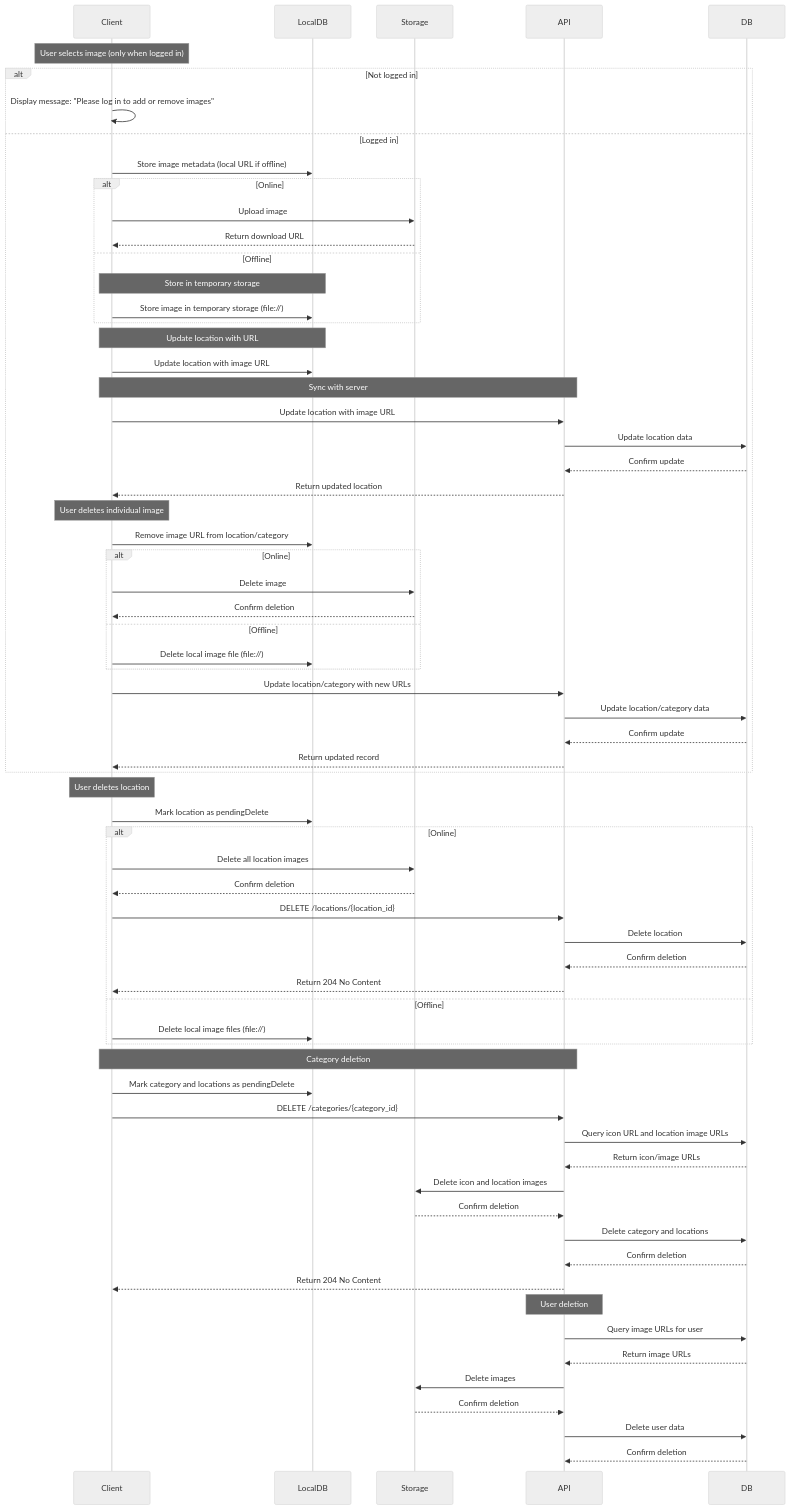
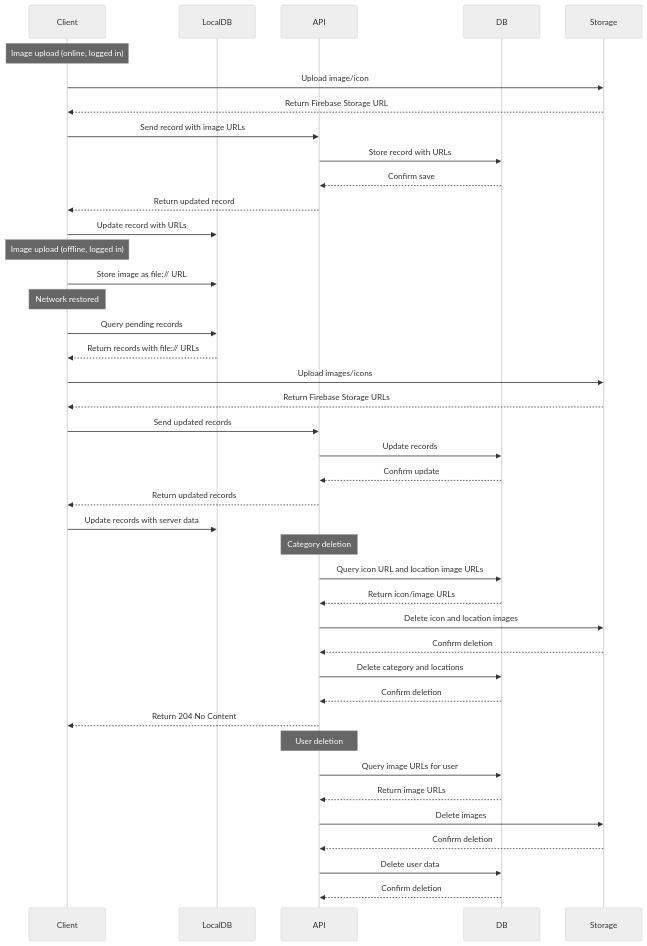
Before and after one commit to lhhiep2204/Locify: the fourth of 5 diagrams in docs/Locify_System_Architecture.md, drawn with Mermaid (neutral theme). The commit also changed other lines of this file and 4 other files, not shown here.

````diff
--- a/docs/Locify_System_Architecture.md
+++ b/docs/Locify_System_Architecture.md
@@ -173,70 +151,44 @@
 ```mermaid
 sequenceDiagram
     participant Client
     participant LocalDB
-    participant Storage
     participant API
     participant DB
+    participant Storage
 
-    Note over Client: User selects image (only when logged in)
-    alt Not logged in
-        Client->>Client: Display message: "Please log in to add or remove images"
-    else Logged in
-        Client->>LocalDB: Store image metadata (local URL if offline)
-        alt Online
-            Client->>Storage: Upload image
-            Storage-->>Client: Return download URL
-        else Offline
-            Note over Client,LocalDB: Store in temporary storage
-            Client->>LocalDB: Store image in temporary storage (file://)
-        end
-        Note over Client,LocalDB: Update location with URL
-        Client->>LocalDB: Update location with image URL
-        Note over Client,API: Sync with server
-        Client->>API: Update location with image URL
-        API->>DB: Update location data
-        DB-->>API: Confirm update
-        API-->>Client: Return updated location
-        Note over Client: User deletes individual image
-        Client->>LocalDB: Remove image URL from location/category
-        alt Online
-            Client->>Storage: Delete image
-            Storage-->>Client: Confirm deletion
-        else Offline
-            Client->>LocalDB: Delete local image file (file://)
-        end
-        Client->>API: Update location/category with new URLs
-        API->>DB: Update location/category data
-        DB-->>API: Confirm update
-        API-->>Client: Return updated record
-    end
-    Note over Client: User deletes location
-    Client->>LocalDB: Mark location as pendingDelete
-    alt Online
-        Client->>Storage: Delete all location images
-        Storage-->>Client: Confirm deletion
-        Client->>API: DELETE /locations/{location_id}
-        API->>DB: Delete location
-        DB-->>API: Confirm deletion
-        API-->>Client: Return 204 No Content
-    else Offline
-        Client->>LocalDB: Delete local image files (file://)
-    end
-    Note over Client,API: Category deletion
-    Client->>LocalDB: Mark category and locations as pendingDelete
-    Client->>API: DELETE /categories/{category_id}
+    Note over Client: Image upload (online, logged in)
+    Client->>Storage: Upload image/icon
+    Storage-->>Client: Return Firebase Storage URL
+    Client->>API: Send record with image URLs
+    API->>DB: Store record with URLs
+    DB-->>API: Confirm save
+    API-->>Client: Return updated record
+    Client->>LocalDB: Update record with URLs
+    Note over Client: Image upload (offline, logged in)
+    Client->>LocalDB: Store image as file:// URL
+    Note over Client: Network restored
+    Client->>LocalDB: Query pending records
+    LocalDB-->>Client: Return records with file:// URLs
+    Client->>Storage: Upload images/icons
+    Storage-->>Client: Return Firebase Storage URLs
+    Client->>API: Send updated records
+    API->>DB: Update records
+    DB-->>API: Confirm update
+    API-->>Client: Return updated records
+    Client->>LocalDB: Update records with server data
+    Note over API: Category deletion
     API->>DB: Query icon URL and location image URLs
     DB-->>API: Return icon/image URLs
     API->>Storage: Delete icon and location images
     Storage-->>API: Confirm deletion
     API->>DB: Delete category and locations
     DB-->>API: Confirm deletion
     API-->>Client: Return 204 No Content
     Note over API: User deletion
     API->>DB: Query image URLs for user
     DB-->>API: Return image URLs
     API->>Storage: Delete images
     Storage-->>API: Confirm deletion
     API->>DB: Delete user data
     DB-->>API: Confirm deletion
 ```
````
